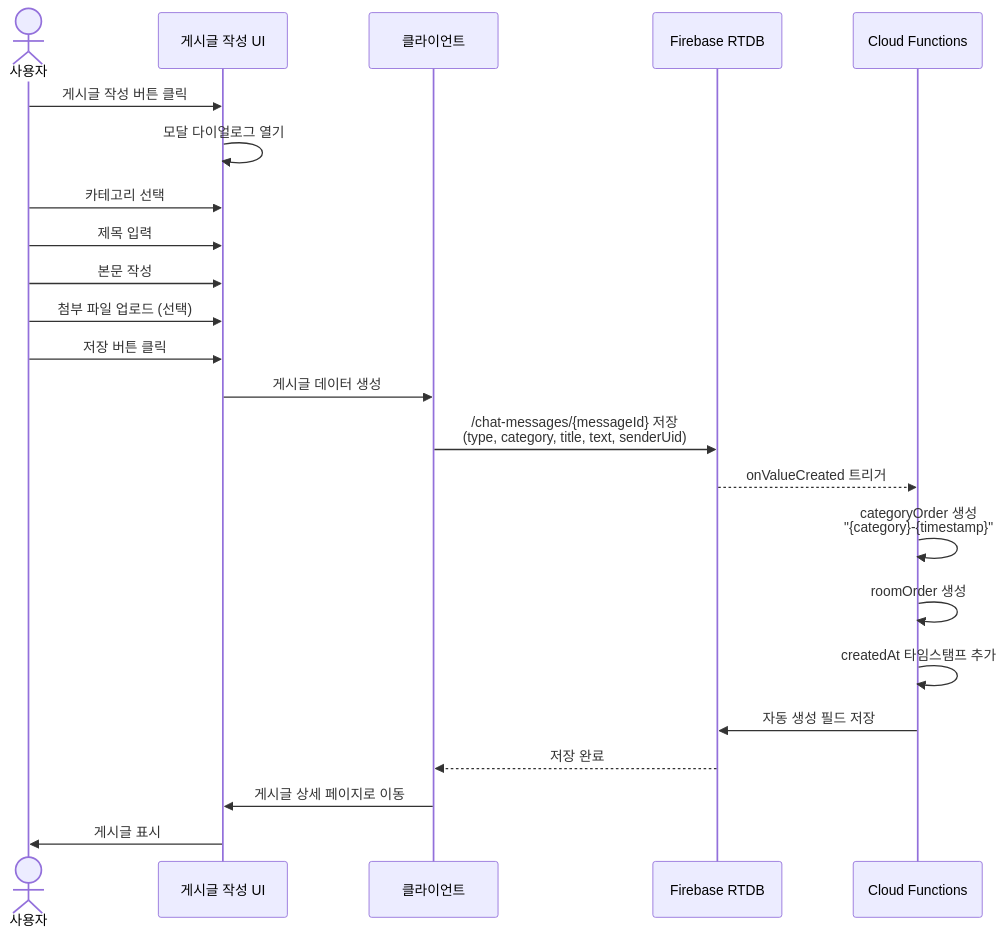
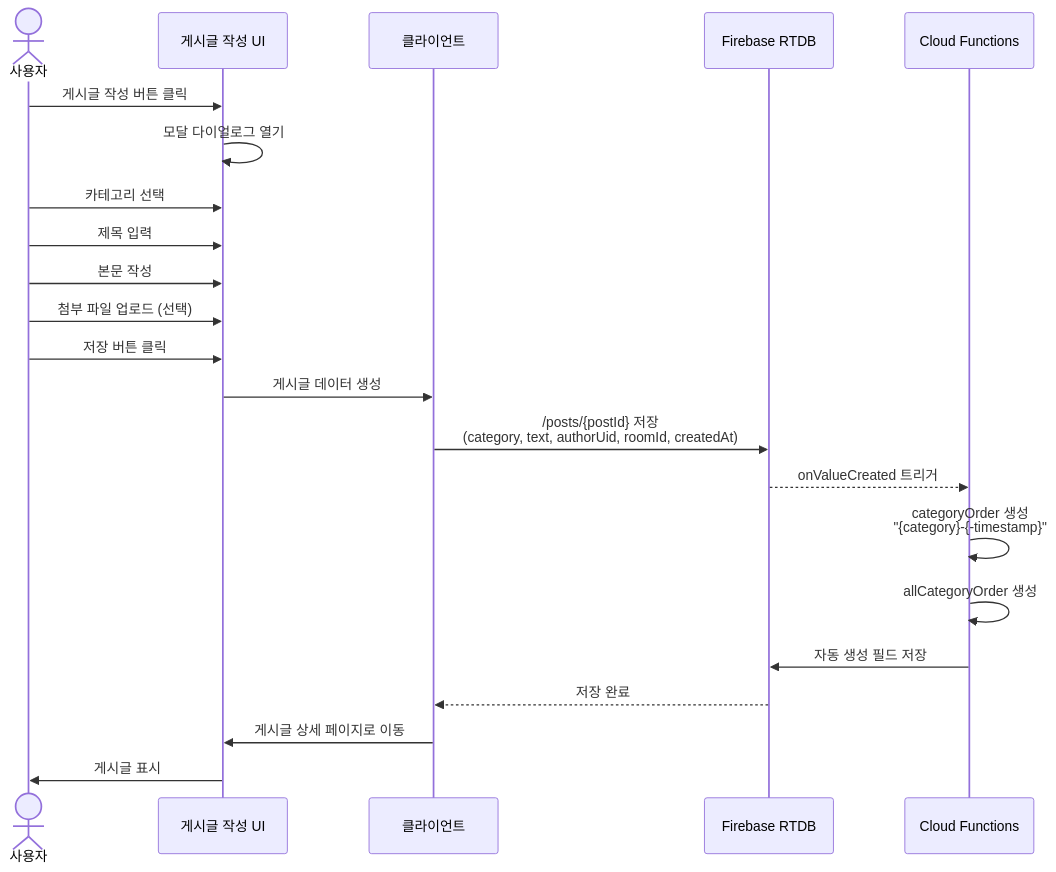
The second of 2 diagrams in specs/sonub-forum-overview.md (thruthesky/vibe), drawn with Mermaid before and after one commit. The commit also changed other lines of this file and 92 other files, not shown here.

````diff
--- a/specs/sonub-forum-overview.md
+++ b/specs/sonub-forum-overview.md
@@ -295,29 +296,28 @@
 ```mermaid
 sequenceDiagram
     actor User as 사용자
     participant UI as 게시글 작성 UI
     participant Client as 클라이언트
     participant RTDB as Firebase RTDB
     participant CF as Cloud Functions
 
     User->>UI: 게시글 작성 버튼 클릭
     UI->>UI: 모달 다이얼로그 열기
     User->>UI: 카테고리 선택
     User->>UI: 제목 입력
     User->>UI: 본문 작성
     User->>UI: 첨부 파일 업로드 (선택)
     User->>UI: 저장 버튼 클릭
 
     UI->>Client: 게시글 데이터 생성
-    Client->>RTDB: /chat-messages/{messageId} 저장<br/>(type, category, title, text, senderUid)
+    Client->>RTDB: /posts/{postId} 저장<br/>(category, text, authorUid, roomId, createdAt)
 
     RTDB-->>CF: onValueCreated 트리거
-    CF->>CF: categoryOrder 생성<br/>"{category}-{timestamp}"
-    CF->>CF: roomOrder 생성
-    CF->>CF: createdAt 타임스탬프 추가
+    CF->>CF: categoryOrder 생성<br/>"{category}-{-timestamp}"
+    CF->>CF: allCategoryOrder 생성
     CF->>RTDB: 자동 생성 필드 저장
 
     RTDB-->>Client: 저장 완료
     Client->>UI: 게시글 상세 페이지로 이동
     UI->>User: 게시글 표시
 ```
````
